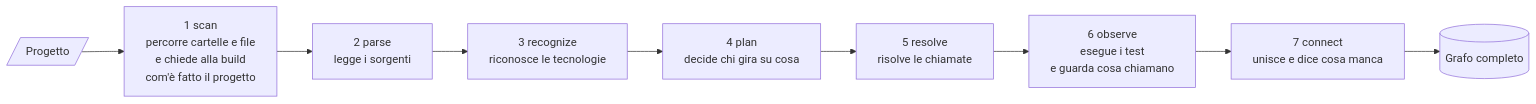
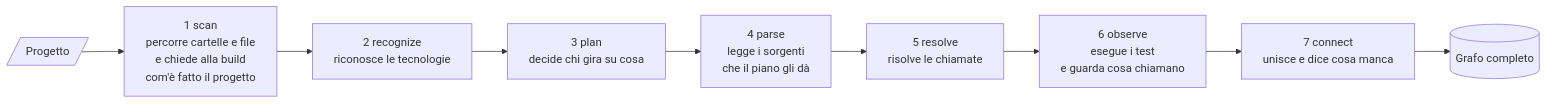
The first of 4 diagrams in docs/plugins/codebase-map.md (acaprino/daodan), drawn with Mermaid before and after one commit. The commit also changed other lines of this file and 2 other files, not shown here.

First line of the commit message:
docs(pipeline): l'ordine viene da cio' che ogni step deve sapere prima di partire

````diff
--- a/docs/plugins/codebase-map.md
+++ b/docs/plugins/codebase-map.md
@@ -83,11 +83,11 @@
 ```mermaid
 flowchart LR
   P[/Progetto/] --> scan
-  scan["1 scan<br>percorre cartelle e file<br>e chiede alla build<br>com'è fatto il progetto"] --> parse
-  parse["2 parse<br>legge i sorgenti"] --> recognize
-  recognize["3 recognize<br>riconosce le tecnologie"] --> plan
-  plan["4 plan<br>decide chi gira su cosa"] --> resolve
+  scan["1 scan<br>percorre cartelle e file<br>e chiede alla build<br>com'è fatto il progetto"] --> recognize
+  recognize["2 recognize<br>riconosce le tecnologie"] --> plan
+  plan["3 plan<br>decide chi gira su cosa"] --> parse
+  parse["4 parse<br>legge i sorgenti<br>che il piano gli dà"] --> resolve
   resolve["5 resolve<br>risolve le chiamate"] --> observe
   observe["6 observe<br>esegue i test<br>e guarda cosa chiamano"] --> connect
   connect["7 connect<br>unisce e dice cosa manca"] --> G[(Grafo completo)]
 ```
````
